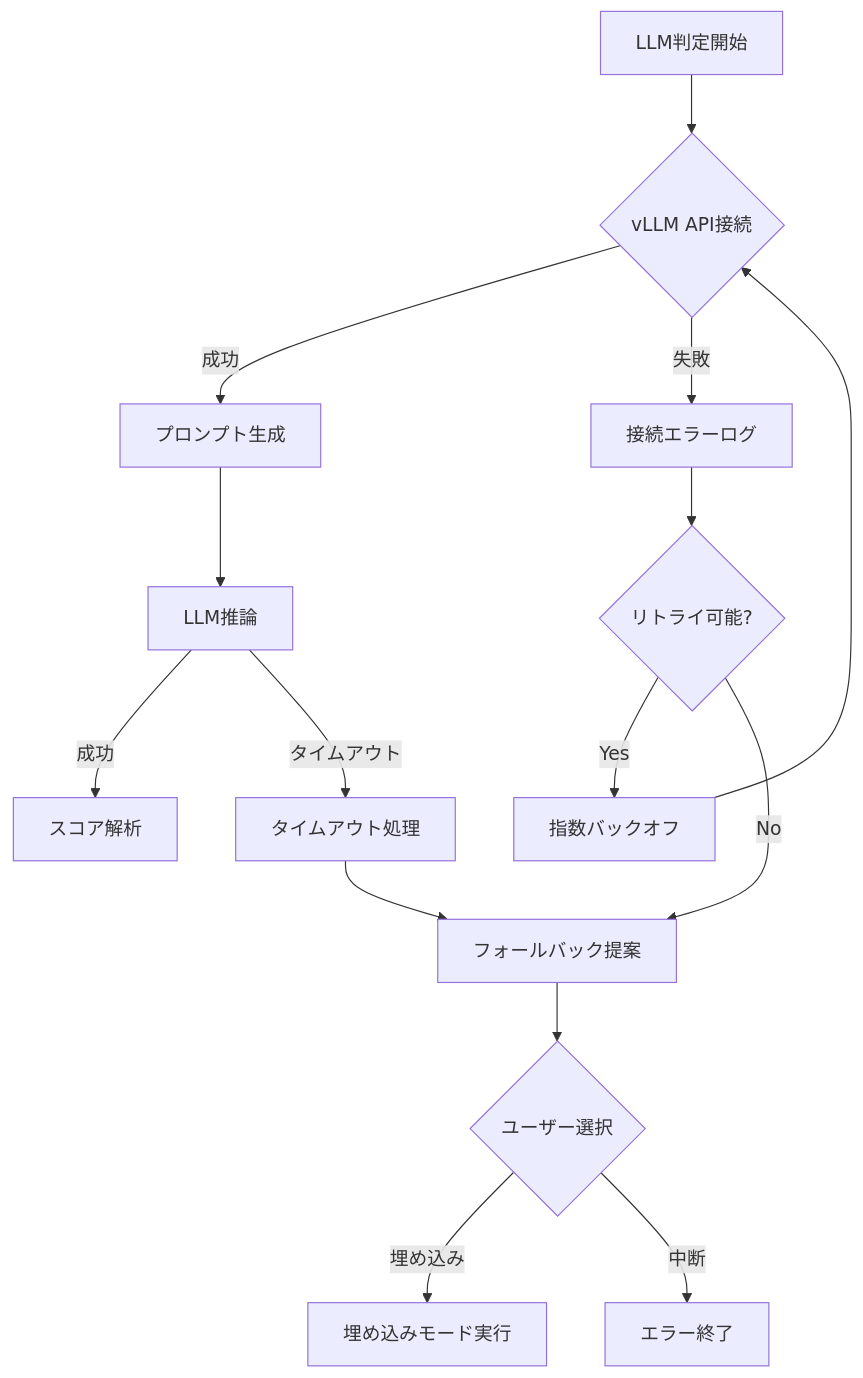
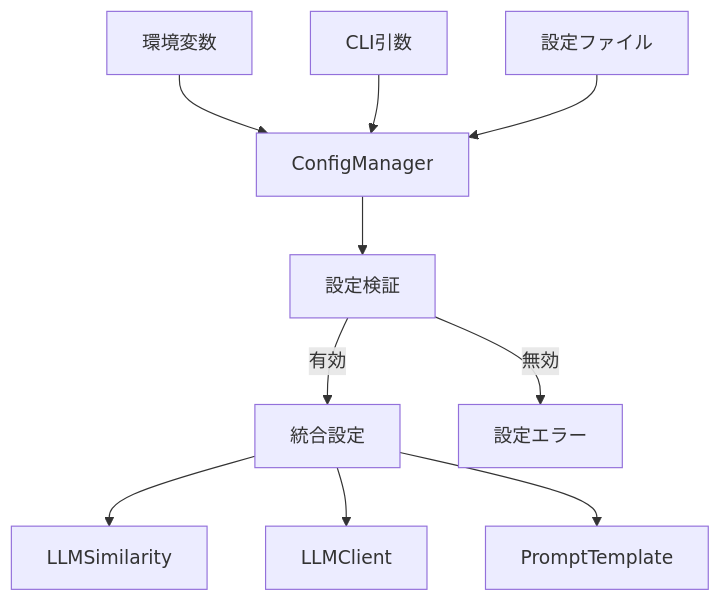
The third of 3 diagrams in .kiro/specs/llm-similarity-vllm/design.md (kabayan/json_compare), drawn with Mermaid before and after one commit. The commit also changed other lines of this file and 9 other files, not shown here.

````diff
--- a/.kiro/specs/llm-similarity-vllm/design.md
+++ b/.kiro/specs/llm-similarity-vllm/design.md
@@ -115,17 +157,14 @@
 ```mermaid
-graph TD
-    A[LLM判定開始] --> B{vLLM API接続}
-    B -->|成功| C[プロンプト生成]
-    B -->|失敗| D[接続エラーログ]
-    D --> E{リトライ可能?}
-    E -->|Yes| F[指数バックオフ]
-    F --> B
-    E -->|No| G[フォールバック提案]
-    G --> H{ユーザー選択}
-    H -->|埋め込み| I[埋め込みモード実行]
-    H -->|中断| J[エラー終了]
-    C --> K[LLM推論]
-    K -->|成功| L[スコア解析]
-    K -->|タイムアウト| M[タイムアウト処理]
-    M --> G
+graph TB
+    ENV[環境変数] --> CM[ConfigManager]
+    CLI[CLI引数] --> CM
+    FILE[設定ファイル] --> CM
+
+    CM --> VALIDATE[設定検証]
+    VALIDATE --> |有効| CONFIG[統合設定]
+    VALIDATE --> |無効| ERROR[設定エラー]
+
+    CONFIG --> LS[LLMSimilarity]
+    CONFIG --> LC[LLMClient]
+    CONFIG --> PT[PromptTemplate]
 ```
````
